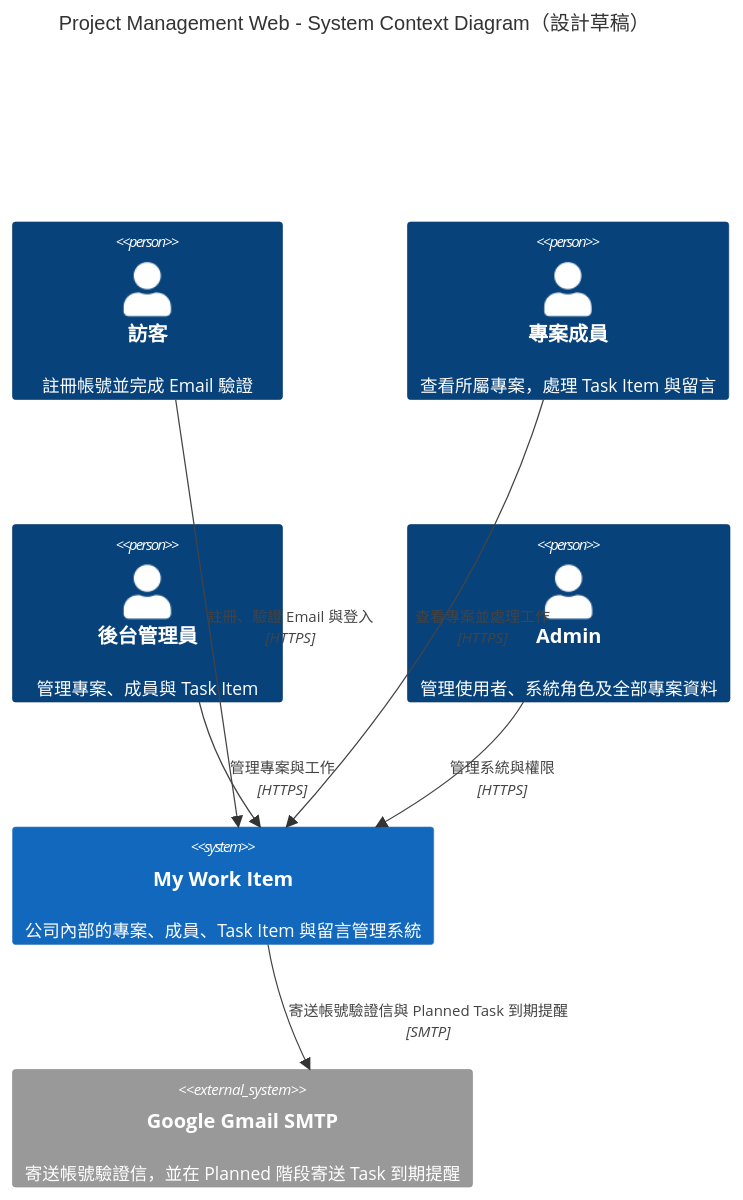
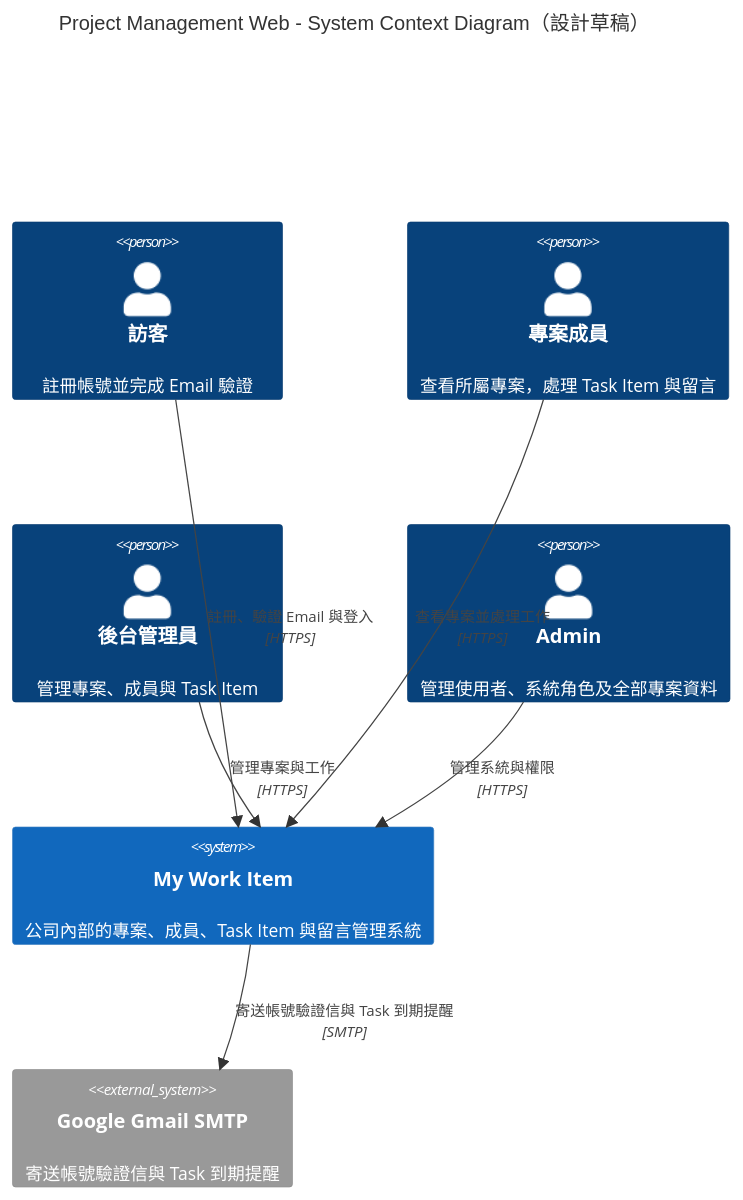
One commit to JJDing-Louis/ProjectManagementWeb_Spec changed the first of 5 diagrams in C4/ProjectManagementWeb_C4_Level1_Level3.md. Above: the diagram before and after it, drawn with Mermaid. The commit also changed other lines of this file and 13 other files, not shown here.

````diff
--- a/C4/ProjectManagementWeb_C4_Level1_Level3.md
+++ b/C4/ProjectManagementWeb_C4_Level1_Level3.md
@@ -9,20 +9,20 @@
 ```mermaid
 C4Context
     title Project Management Web - System Context Diagram（設計草稿）
 
     Person(visitor, "訪客", "註冊帳號並完成 Email 驗證")
     Person(member, "專案成員", "查看所屬專案，處理 Task Item 與留言")
     Person(administrator, "後台管理員", "管理專案、成員與 Task Item")
     Person(admin, "Admin", "管理使用者、系統角色及全部專案資料")
 
     System(myWorkItem, "My Work Item", "公司內部的專案、成員、Task Item 與留言管理系統")
-    System_Ext(emailService, "Google Gmail SMTP", "寄送帳號驗證信，並在 Planned 階段寄送 Task 到期提醒")
+    System_Ext(emailService, "Google Gmail SMTP", "寄送帳號驗證信與 Task 到期提醒")
 
     Rel(visitor, myWorkItem, "註冊、驗證 Email 與登入", "HTTPS")
     Rel(member, myWorkItem, "查看專案並處理工作", "HTTPS")
     Rel(administrator, myWorkItem, "管理專案與工作", "HTTPS")
     Rel(admin, myWorkItem, "管理系統與權限", "HTTPS")
-    Rel(myWorkItem, emailService, "寄送帳號驗證信與 Planned Task 到期提醒", "SMTP")
+    Rel(myWorkItem, emailService, "寄送帳號驗證信與 Task 到期提醒", "SMTP")
 
     UpdateLayoutConfig($c4ShapeInRow="3", $c4BoundaryInRow="1")
 ```
````
